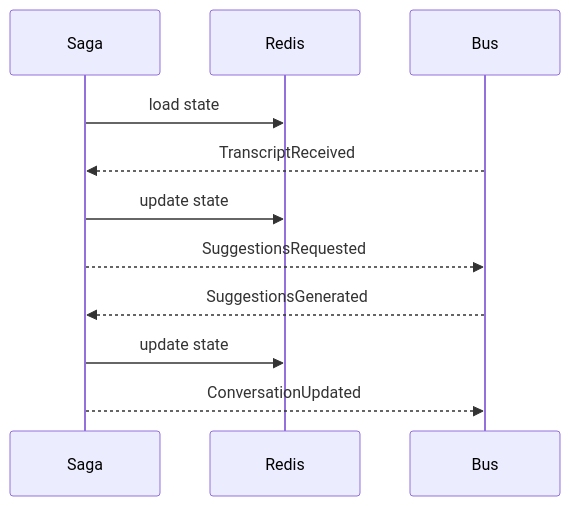
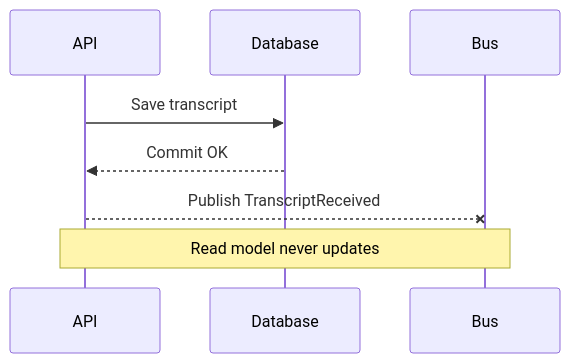
Before and after one commit to MatthijsRademaker/dignitas-event-driven-design: the second of 4 diagrams in presentation/slides.md, drawn with Mermaid. The commit also changed other lines of this file, not shown here.

Commit message:
Revise presentation flow for CQRS demo

````diff
--- a/presentation/slides.md
+++ b/presentation/slides.md
@@ -299,13 +143,10 @@
 ```mermaid
 sequenceDiagram
-    participant Saga
-    participant Store as Redis
+    participant API
+    participant DB as Database
     participant Bus
-    Saga->>Store: load state
-    Bus-->>Saga: TranscriptReceived
-    Saga->>Store: update state
-    Saga-->>Bus: SuggestionsRequested
-    Bus-->>Saga: SuggestionsGenerated
-    Saga->>Store: update state
-    Saga-->>Bus: ConversationUpdated
+    API->>DB: Save transcript
+    DB-->>API: Commit OK
+    API--xBus: Publish TranscriptReceived
+    Note over API,Bus: Read model never updates
 ```
````
